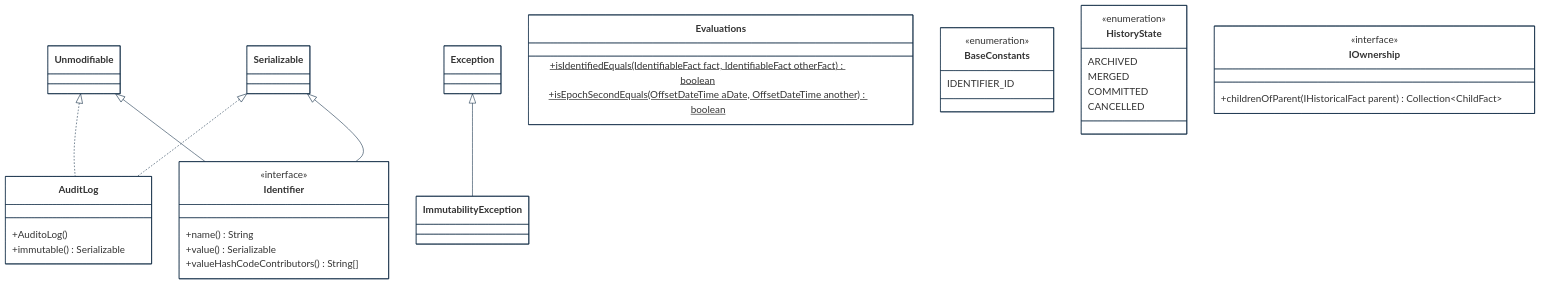
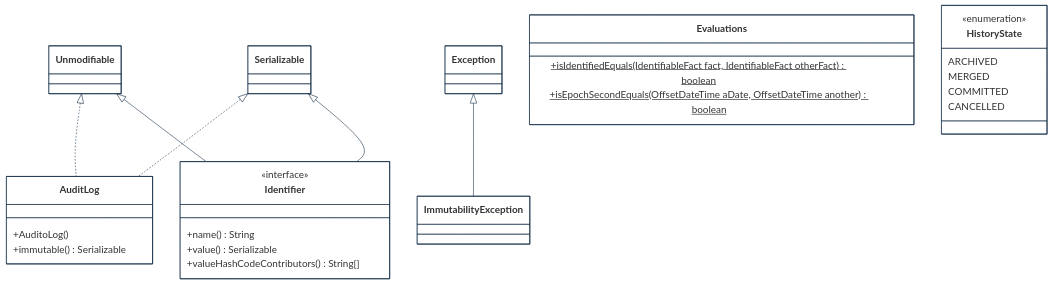
Before and after one commit to cybnity/foundation: the second of 7 diagrams in implementations-line/framework/immutable/designview-packages.md, drawn with Mermaid. The commit also changed other lines of this file, not shown here.

````diff
--- a/implementations-line/framework/immutable/designview-packages.md
+++ b/implementations-line/framework/immutable/designview-packages.md
@@ -153,54 +146,46 @@
 ```mermaid
 %%{
   init: {
     'theme': 'base',
     'themeVariables': {
         'background': '#ffffff',
         'fontFamily': 'arial',
         'fontSize': '18px',
         'primaryColor': '#fff',
         'primaryBorderColor': '#0e2a43',
         'secondaryBorderColor': '#0e2a43',
         'tertiaryBorderColor': '#0e2a43',
         'edgeLabelBackground':'#0e2a43',
         'lineColor': '#0e2a43',
         'tertiaryColor': '#fff'
     }
   }
 }%%
 classDiagram
     Unmodifiable <|.. AuditLog
     Serializable <|.. AuditLog
     Unmodifiable <|-- Identifier
     Serializable <|-- Identifier
     Exception <|-- ImmutabilityException
     class Identifier {
         <<interface>>
         +name() String
         +value() Serializable
         +valueHashCodeContributors() String[]
     }
     class AuditLog {
         +AuditoLog()
         +immutable() Serializable
     }
     class Evaluations {
         +isIdentifiedEquals(IdentifiableFact fact, IdentifiableFact otherFact)$ boolean
         +isEpochSecondEquals(OffsetDateTime aDate, OffsetDateTime another)$ boolean
     }
-    class BaseConstants {
-        <<enumeration>>
-        IDENTIFIER_ID
-    }
     class HistoryState {
         <<enumeration>>
         ARCHIVED
         MERGED
         COMMITTED
         CANCELLED
     }
-    class IOwnership {
-        <<interface>>
-        +childrenOfParent(IHistoricalFact parent) Collection~ChildFact~
-    }
 ```
````
